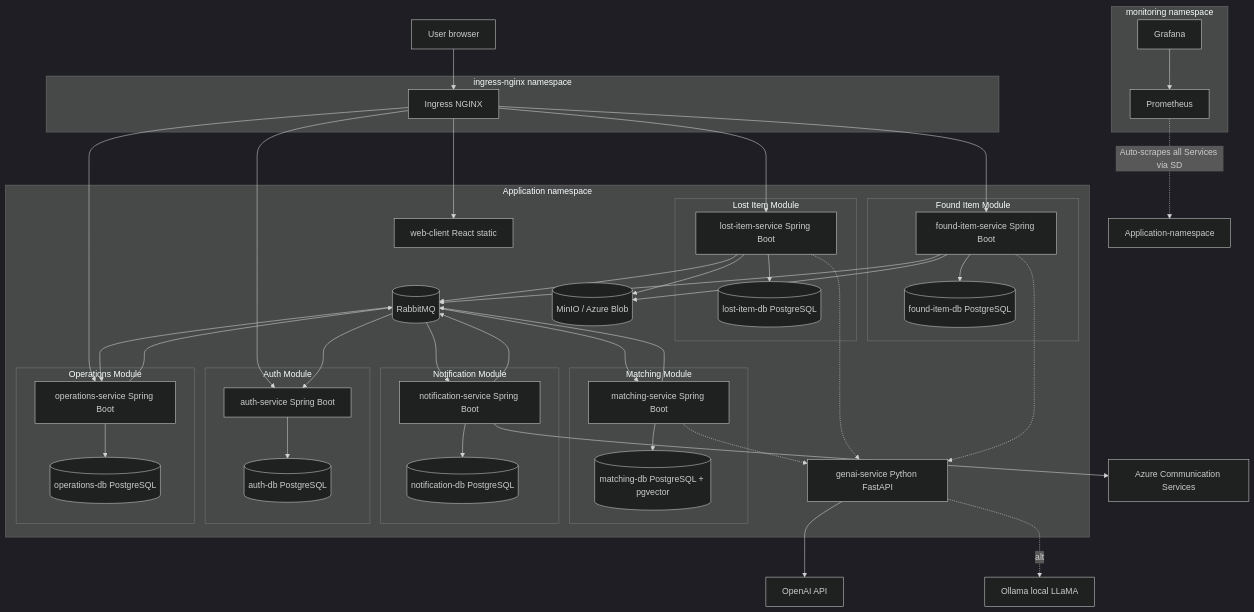
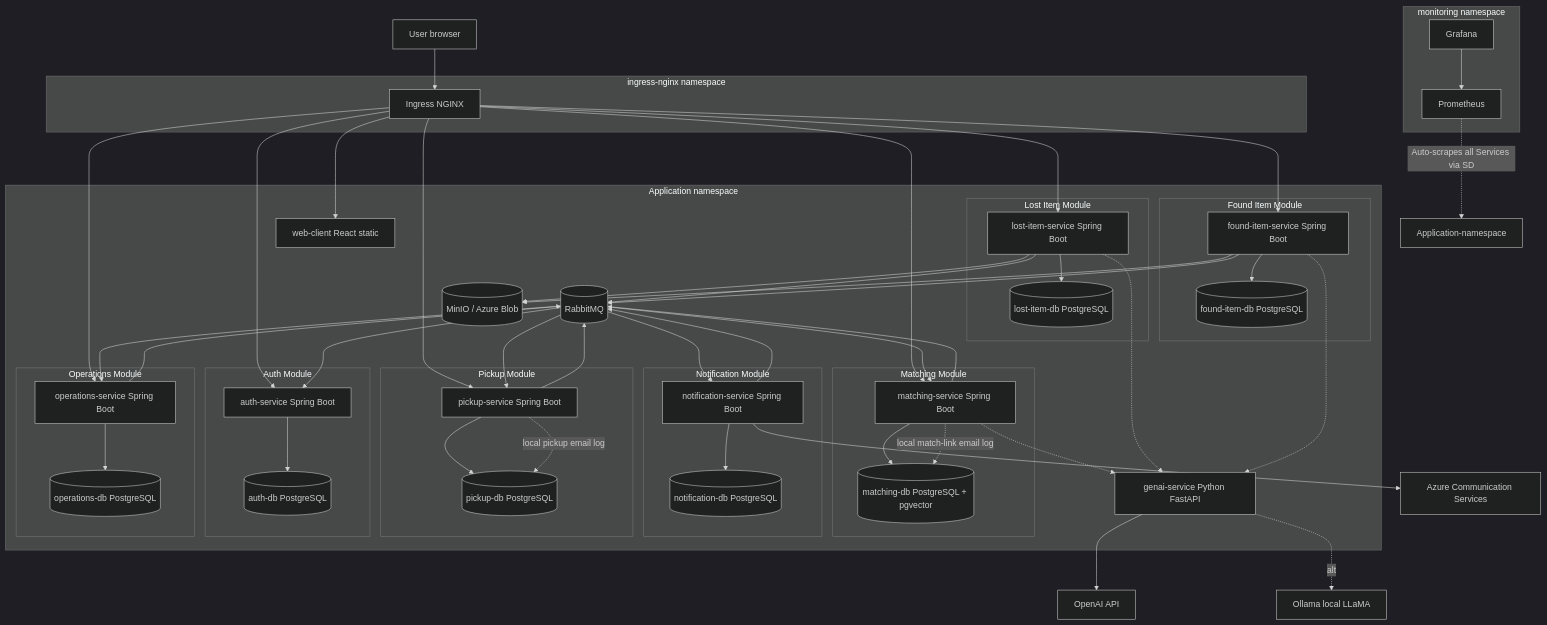
One commit to AET-DevOps26/team-chaos-monkeys changed the diagram in docs/architecture.md. Above: the diagram before and after it, drawn with Mermaid (dark theme). The commit also changed other lines of this file and 64 other files, not shown here.

Commit message:
implement pickup service scafolding

```diff
--- a/docs/architecture.md
+++ b/docs/architecture.md
@@ -137,6 +141,11 @@
         subgraph "Notification Module"
             Notif[notification-service Spring Boot]
             NotifDB[(notification-db PostgreSQL)]
+        end
+
+        subgraph "Pickup Module"
+            Pickup[pickup-service Spring Boot]
+            PickupDB[(pickup-db PostgreSQL)]
         end
 
         subgraph "Auth Module"
@@ -169,6 +178,8 @@
     Ingress --> Auth
     Ingress --> Lost
     Ingress --> Found
+    Ingress --> Match
+    Ingress --> Pickup
     Ingress --> Ops
 
     %% Internal Service Logic
@@ -178,6 +189,7 @@
     Found --> Obj
     Match --> MatchDB
     Notif --> NotifDB
+    Pickup --> PickupDB
     Auth --> AuthDB
     Ops --> OpsDB
 
@@ -186,10 +198,12 @@
     Found --> Rabbit
     Rabbit --> Match
     Rabbit --> Notif
+    Rabbit --> Pickup
     Rabbit --> Ops
     Rabbit --> Auth
     Match --> Rabbit
     Notif --> Rabbit
+    Pickup --> Rabbit
     Ops --> Rabbit
 
     %% GenAI Integration
@@ -199,6 +213,8 @@
     GenAI --> LLMCloud
     GenAI -.alt.-> LLMLocal
     Notif --> ACS
+    Match -.->|local match-link email log| MatchDB
+    Pickup -.->|local pickup email log| PickupDB
 
     %% Simplified Monitoring
     Graf --> Prom
```
